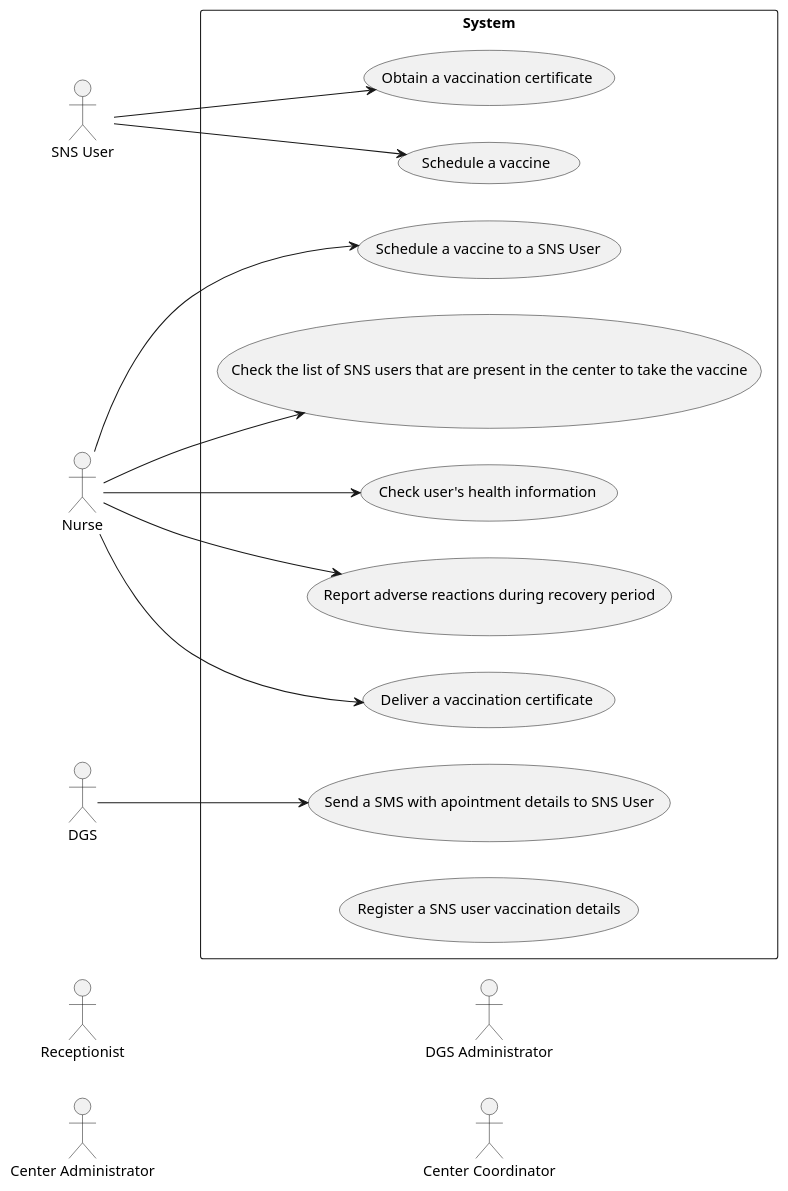
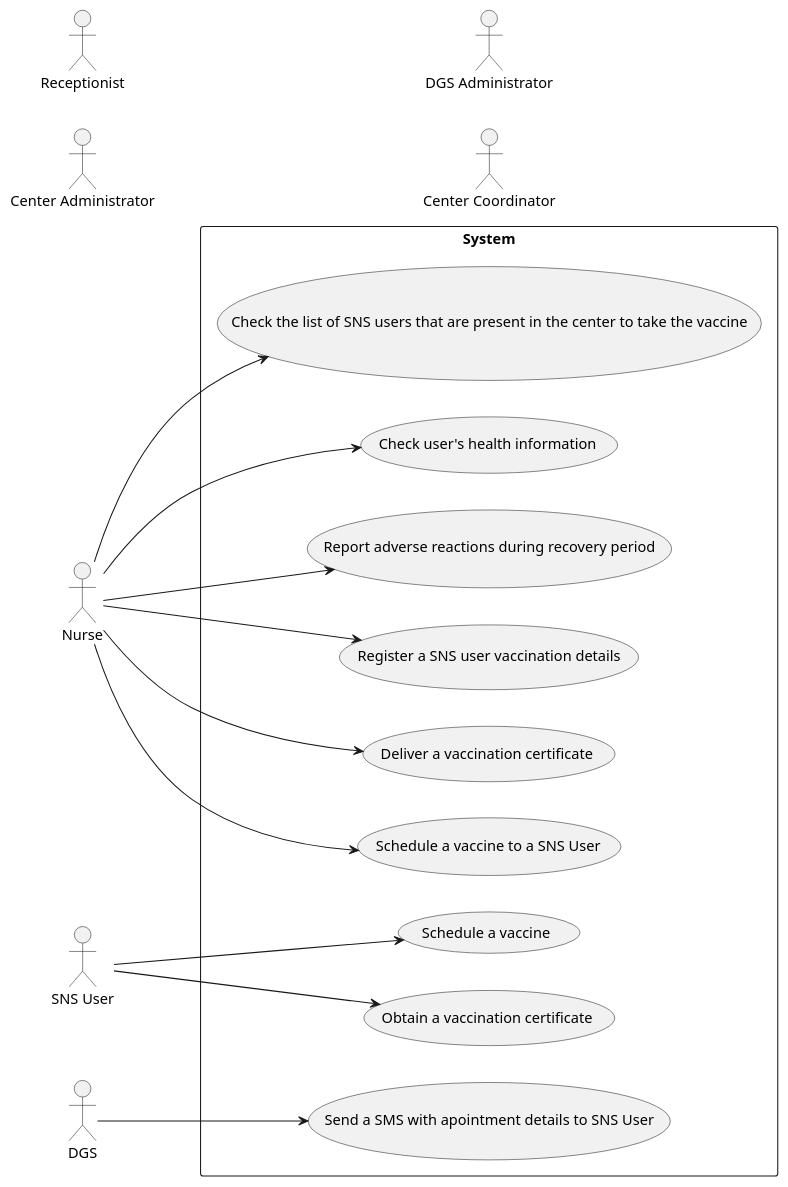
One commit to miseEnPlace-i/lapr2 changed the diagram in docs/SprintA/UCD.puml. Above: the diagram before and after it, drawn with PlantUML.

Commit message:
fix(ucd): added register vaccine uc

```diff
--- a/docs/SprintA/UCD.puml
+++ b/docs/SprintA/UCD.puml
@@ -1,35 +1,36 @@
 @startuml UCD
 
 left to right direction
 
 actor "SNS User" as user
 actor "Nurse" as nurse
 actor "Receptionist" as recept
 actor "Center Administrator" as cadmin
 actor "DGS Administrator" as dgsadmin
 actor "Center Coordinator" as coordinator
 actor "DGS" as dgs
 
 rectangle System {
   usecase "Schedule a vaccine" as UC1
   usecase "Obtain a vaccination certificate" as UC2
   usecase "Send a SMS with apointment details to SNS User" as UC3
   usecase "Deliver a vaccination certificate" as UC4  
   usecase "Schedule a vaccine to a SNS User" as UC5
   usecase "Check the list of SNS users that are present in the center to take the vaccine" as UC6
   usecase "Check user's health information" as UC7
   usecase "Report adverse reactions during recovery period" as UC8
-  usecase "Register a SNS user vaccination details"
+  usecase "Register a SNS user vaccination details" as UC9
   
 }
 
 user --> UC1
 user --> UC2
 dgs --> UC3
 nurse --> UC4
 nurse --> UC5
 nurse --> UC6
 nurse --> UC7
 nurse --> UC8
+nurse -> UC9
 
 @enduml
```
